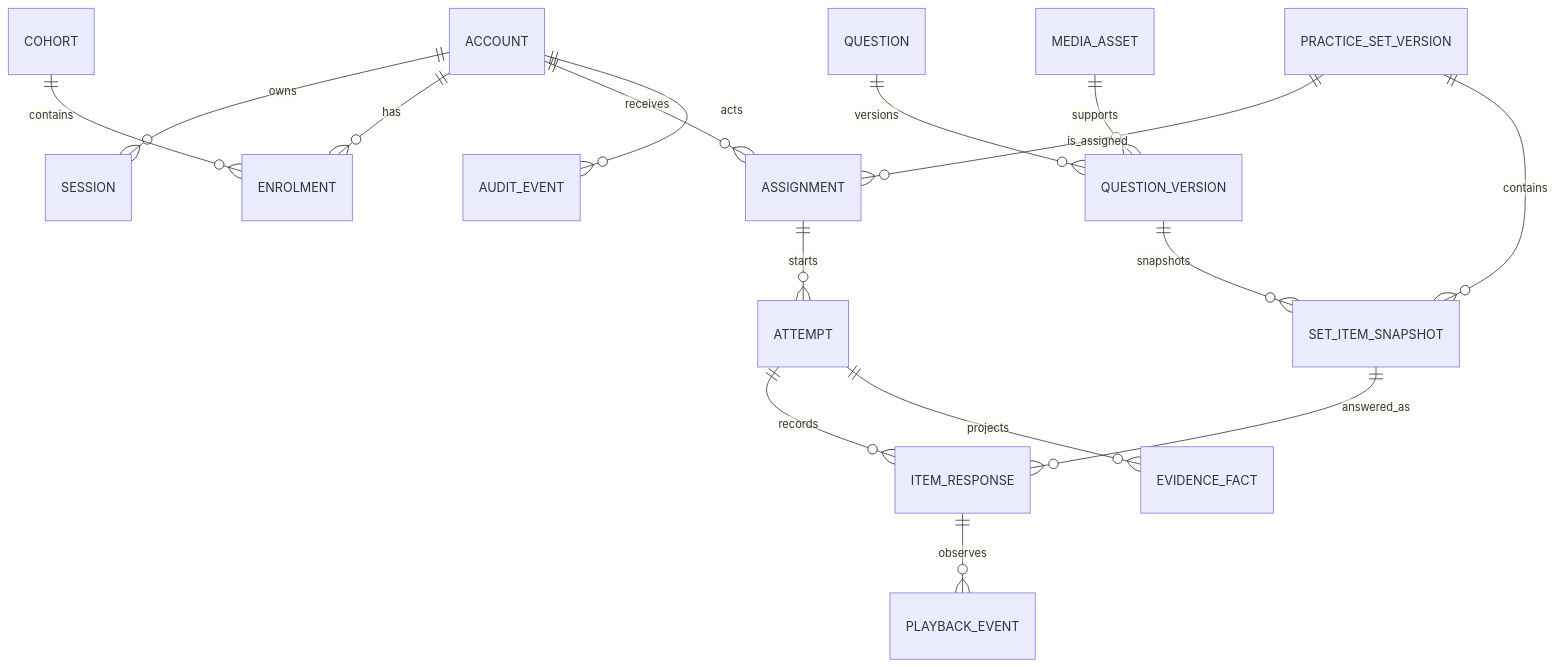
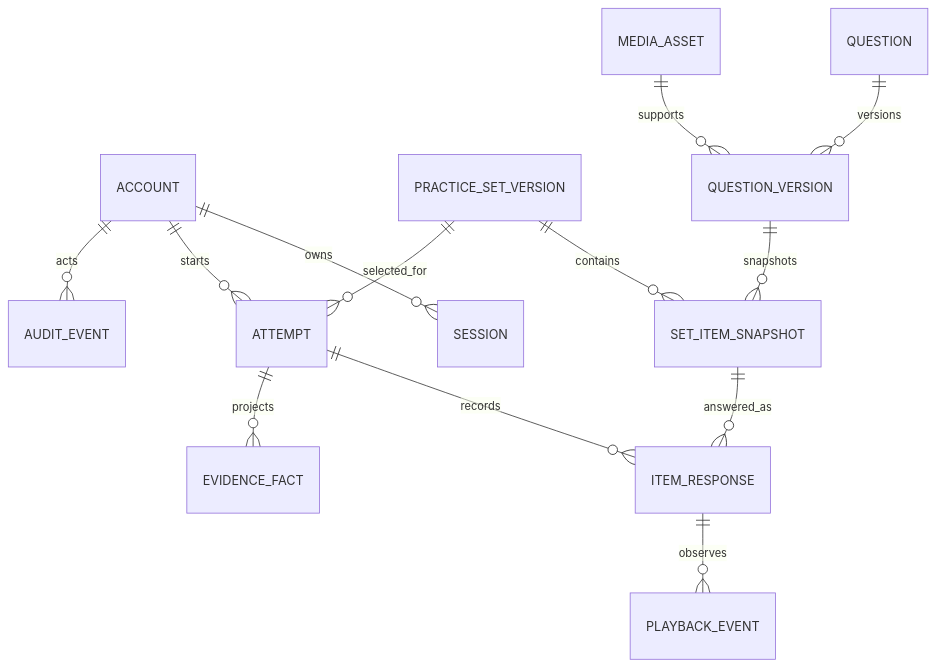
Before and after one commit to tonytippi/cambride-yle: the second of 3 diagrams in _bmad-output/planning-artifacts/architecture/architecture-CambridgeYLE-2026-08-17/ARCHITECTURE-SPINE.md, drawn with Mermaid. The commit also changed other lines of this file and 10 other files, not shown here.

````diff
--- a/_bmad-output/planning-artifacts/architecture/architecture-CambridgeYLE-2026-08-17/ARCHITECTURE-SPINE.md
+++ b/_bmad-output/planning-artifacts/architecture/architecture-CambridgeYLE-2026-08-17/ARCHITECTURE-SPINE.md
@@ -185,18 +184,15 @@
 ```mermaid
 erDiagram
   ACCOUNT ||--o{ SESSION : owns
-  ACCOUNT ||--o{ ENROLMENT : has
-  COHORT ||--o{ ENROLMENT : contains
-  ACCOUNT ||--o{ ASSIGNMENT : receives
-  PRACTICE_SET_VERSION ||--o{ ASSIGNMENT : is_assigned
   PRACTICE_SET_VERSION ||--o{ SET_ITEM_SNAPSHOT : contains
   QUESTION ||--o{ QUESTION_VERSION : versions
   QUESTION_VERSION ||--o{ SET_ITEM_SNAPSHOT : snapshots
   MEDIA_ASSET ||--o{ QUESTION_VERSION : supports
-  ASSIGNMENT ||--o{ ATTEMPT : starts
+  ACCOUNT ||--o{ ATTEMPT : starts
+  PRACTICE_SET_VERSION ||--o{ ATTEMPT : selected_for
   ATTEMPT ||--o{ ITEM_RESPONSE : records
   SET_ITEM_SNAPSHOT ||--o{ ITEM_RESPONSE : answered_as
   ITEM_RESPONSE ||--o{ PLAYBACK_EVENT : observes
   ATTEMPT ||--o{ EVIDENCE_FACT : projects
   ACCOUNT ||--o{ AUDIT_EVENT : acts
 ```
````
